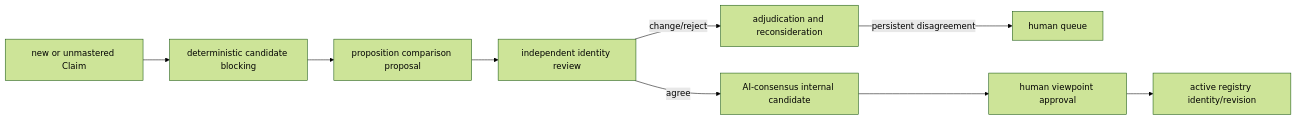
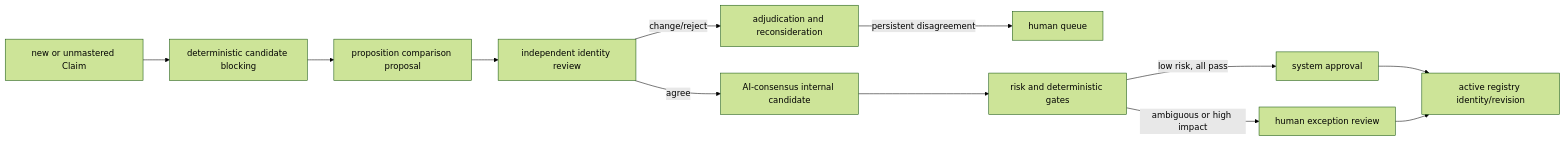
Before and after one commit to junyang168/smart-answer: the second of 3 diagrams in docs/wang-knowledge-platform/canonical_viewpoint_registry_design_v1.md, drawn with Mermaid (forest theme). The commit also changed other lines of this file, not shown here.

Commit message:
docs: make viewpoint design downstream-aware

````diff
--- a/docs/wang-knowledge-platform/canonical_viewpoint_registry_design_v1.md
+++ b/docs/wang-knowledge-platform/canonical_viewpoint_registry_design_v1.md
@@ -567,11 +567,14 @@
 ```mermaid
 flowchart LR
     N["new or unmastered Claim"] --> B["deterministic candidate blocking"]
     B --> P["proposition comparison proposal"]
     P --> R["independent identity review"]
     R -->|agree| C["AI-consensus internal candidate"]
     R -->|change/reject| A["adjudication and reconsideration"]
     A -->|persistent disagreement| H["human queue"]
-    C --> H2["human viewpoint approval"]
-    H2 --> V["active registry identity/revision"]
+    C --> G["risk and deterministic gates"]
+    G -->|low risk, all pass| S["system approval"]
+    G -->|ambiguous or high impact| H2["human exception review"]
+    S --> V["active registry identity/revision"]
+    H2 --> V
 ```
````
